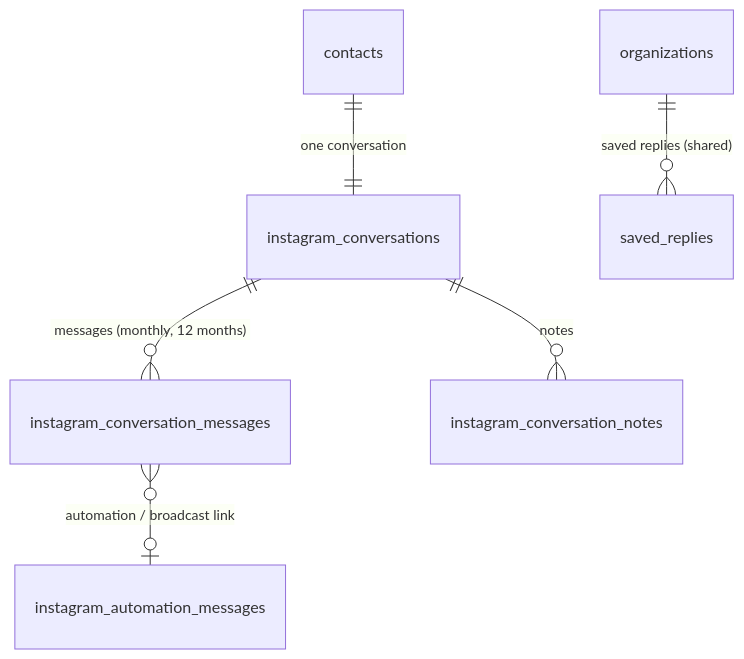
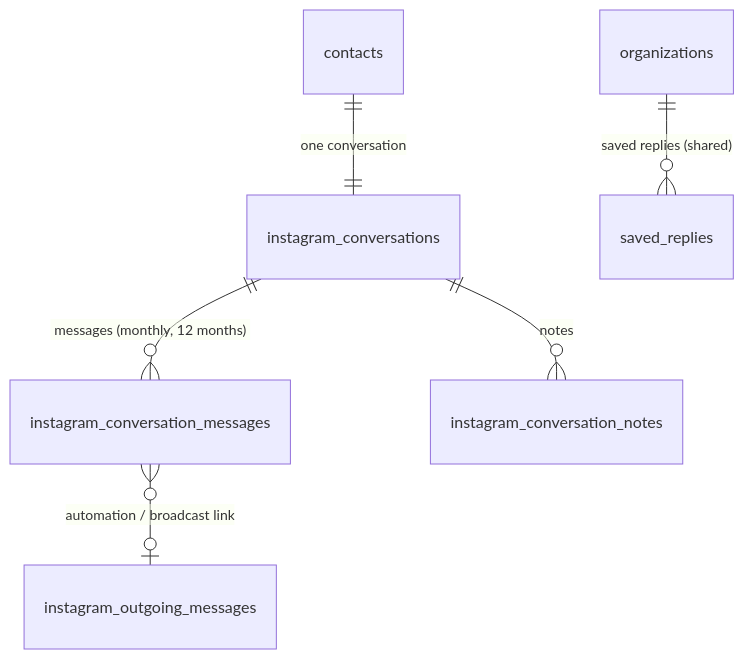
The diagram in iterations/feat-instagram-inbox-2026-11-26-bcar/plans/db-changes.md (albetrios/meepzo-be), drawn with Mermaid before and after one commit. The commit also changed other lines of this file and 9 other files, not shown here.

First line of the commit message:
docs(iterations): rename target instagram_outgoing_messages; engage sub-domain 1 final

````diff
--- a/iterations/feat-instagram-inbox-2026-11-26-bcar/plans/db-changes.md
+++ b/iterations/feat-instagram-inbox-2026-11-26-bcar/plans/db-changes.md
@@ -14,8 +14,8 @@
 ```mermaid
 erDiagram
   contacts ||--|| instagram_conversations : "one conversation"
   instagram_conversations ||--o{ instagram_conversation_messages : "messages (monthly, 12 months)"
   instagram_conversations ||--o{ instagram_conversation_notes : "notes"
   organizations ||--o{ saved_replies : "saved replies (shared)"
-  instagram_conversation_messages }o--o| instagram_automation_messages : "automation / broadcast link"
+  instagram_conversation_messages }o--o| instagram_outgoing_messages : "automation / broadcast link"
 ```
````
